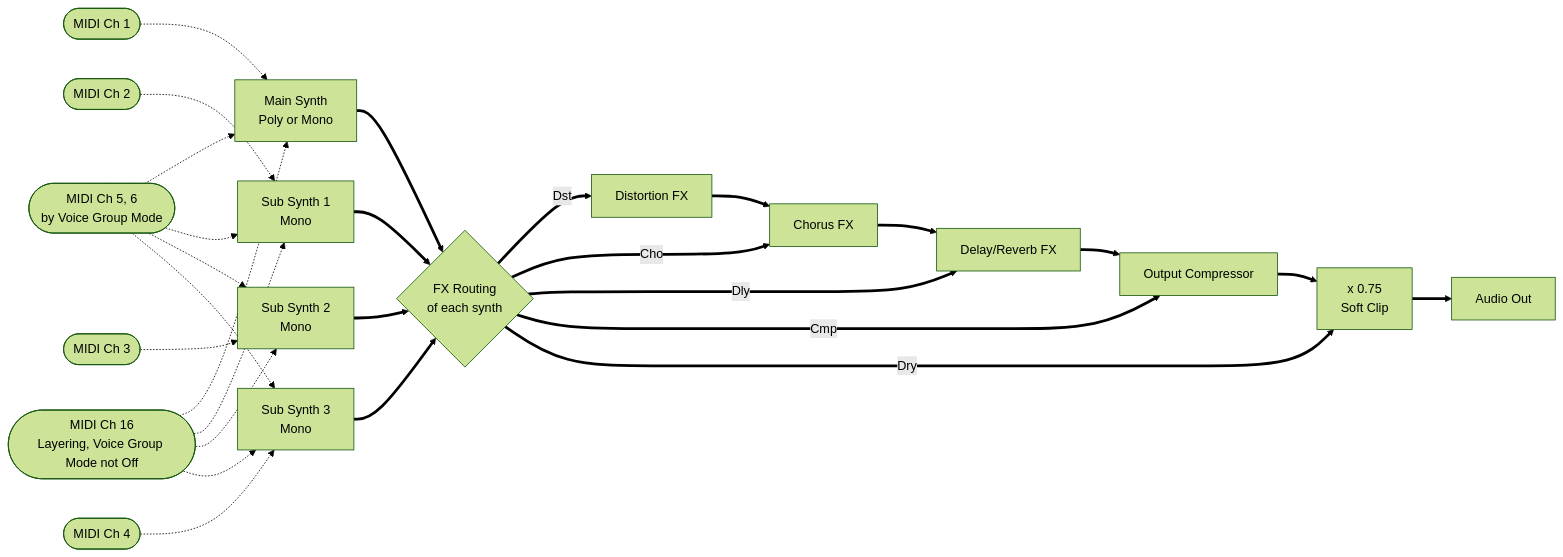
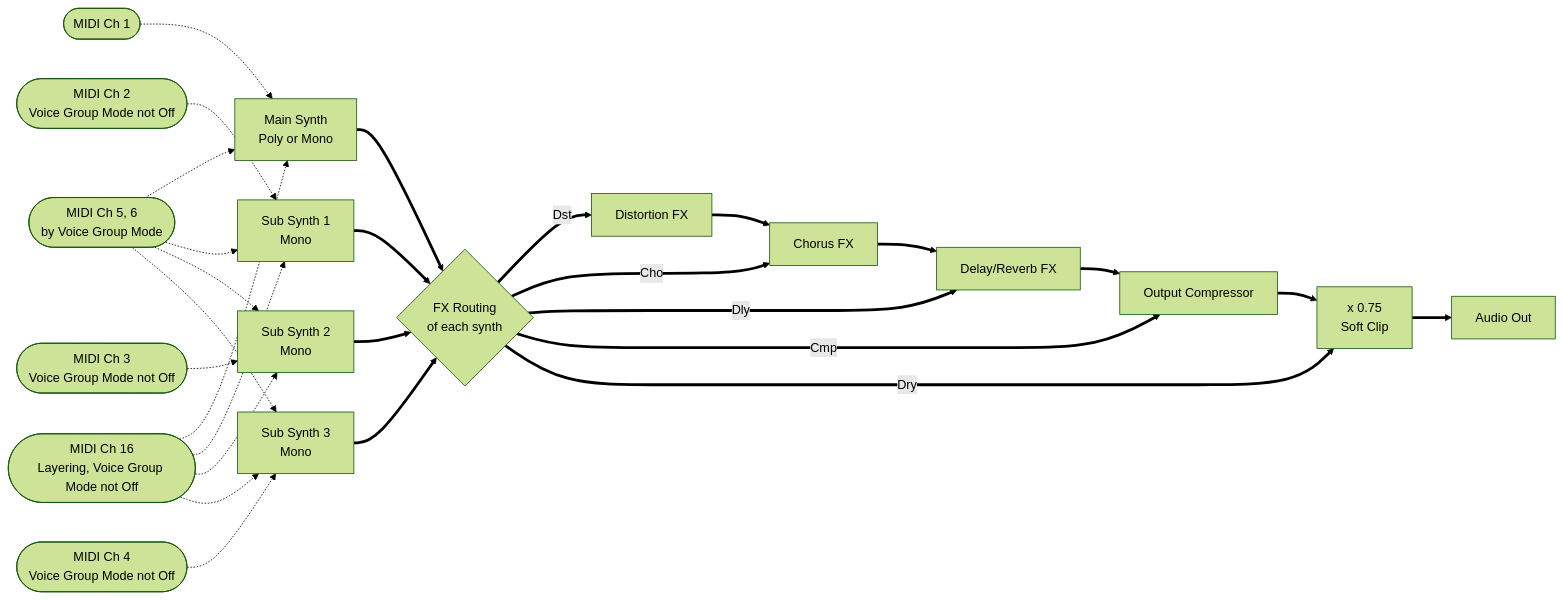
One commit to risgk/digital-synth-pra32-u2 changed the tenth of 10 diagrams in PRA32-U2-Block-Diagrams.md. Above: the diagram before and after it, drawn with Mermaid (forest theme). The commit also changed other lines of this file and 9 other files, not shown here.

Commit message:
Docs reviewed: Voice Group Mode Off and the Sub Synths, the Program Changes on the Layering, and Panel Target Ch

````diff
--- a/PRA32-U2-Block-Diagrams.md
+++ b/PRA32-U2-Block-Diagrams.md
@@ -337,15 +337,15 @@
 ```mermaid
 flowchart LR
     C1([MIDI Ch 1]) -.-> MS["Main Synth<br/>Poly or Mono"]
-    C2([MIDI Ch 2]) -.-> S1["Sub Synth 1<br/>Mono"]
-    C3([MIDI Ch 3]) -.-> S2["Sub Synth 2<br/>Mono"]
-    C4([MIDI Ch 4]) -.-> S3["Sub Synth 3<br/>Mono"]
+    C2([MIDI Ch 2<br/>Voice Group Mode not Off]) -.-> S1["Sub Synth 1<br/>Mono"]
+    C3([MIDI Ch 3<br/>Voice Group Mode not Off]) -.-> S2["Sub Synth 2<br/>Mono"]
+    C4([MIDI Ch 4<br/>Voice Group Mode not Off]) -.-> S3["Sub Synth 3<br/>Mono"]
     C5([MIDI Ch 5, 6<br/>by Voice Group Mode]) -.-> MS & S1 & S2 & S3
     C16([MIDI Ch 16<br/>Layering, Voice Group Mode not Off]) -.-> MS & S1 & S2 & S3
     MS & S1 & S2 & S3 ==> FR{"FX Routing<br/>of each synth"}
     FR ==>|Dst| DS[Distortion FX] ==> C
     FR ==>|Cho| C[Chorus FX] ==> D[Delay/Reverb FX] ==> OC[Output Compressor] ==> OG["x 0.75<br/>Soft Clip"] ==> AO[Audio Out]
     FR ==>|Dly| D
     FR ==>|Cmp| OC
     FR ==>|Dry| OG
 ```
````
